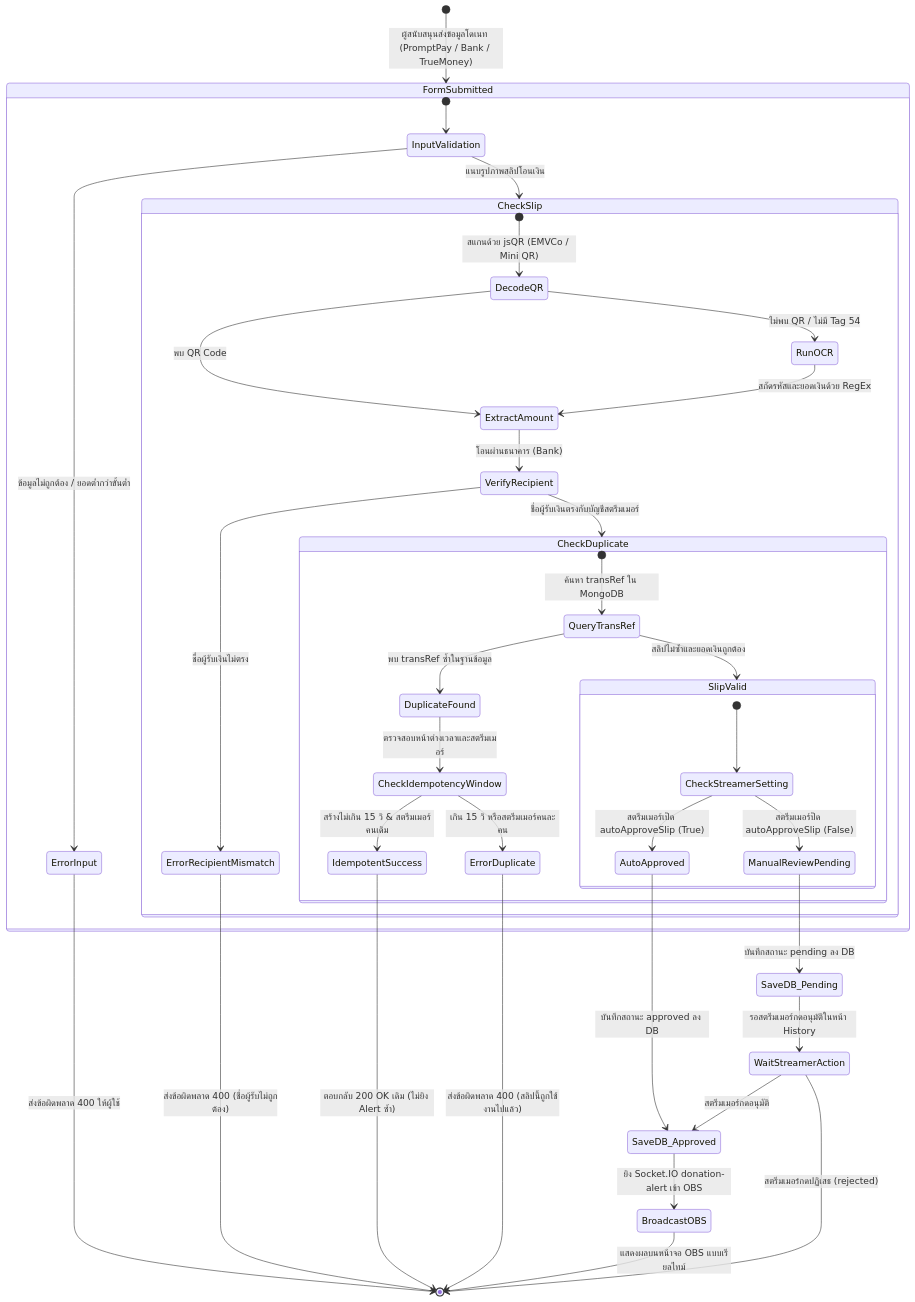
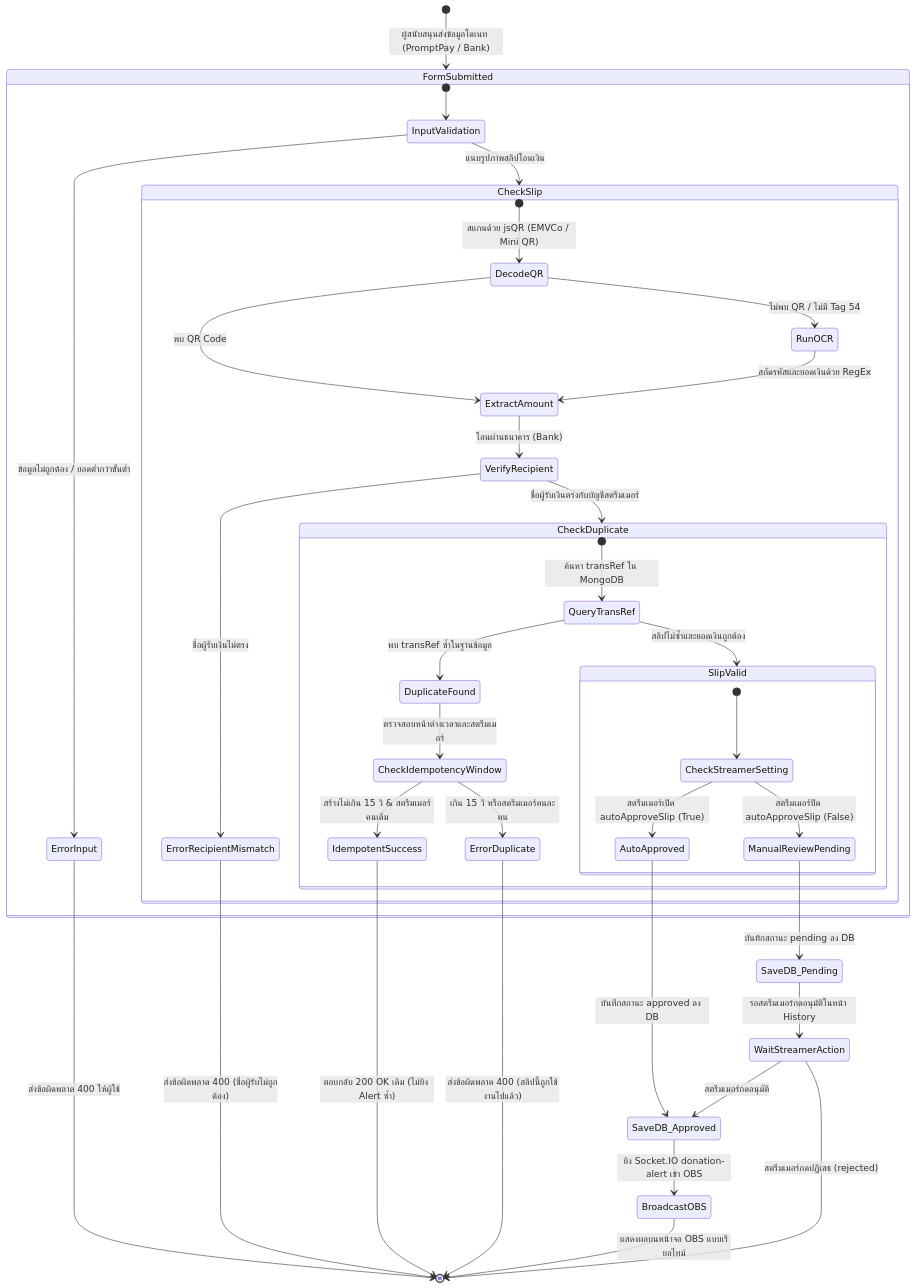
The second of 2 diagrams in AGENTS.md (NekomaNaJa/Final-Project), drawn with Mermaid before and after one commit. The commit also changed other lines of this file and 22 other files, not shown here.

Commit message:
refactor(payment): completely remove TrueMoney Wallet from frontend, backend, and documentation

````diff
--- a/AGENTS.md
+++ b/AGENTS.md
@@ -956,52 +952,52 @@
 ```mermaid
 stateDiagram-v2
-    [*] --> FormSubmitted: ผู้สนับสนุนส่งข้อมูลโดเนท (PromptPay / Bank / TrueMoney)
+    [*] --> FormSubmitted: ผู้สนับสนุนส่งข้อมูลโดเนท (PromptPay / Bank)
     
     state FormSubmitted {
         [*] --> InputValidation
         InputValidation --> CheckSlip: แนบรูปภาพสลิปโอนเงิน
         InputValidation --> ErrorInput: ข้อมูลไม่ถูกต้อง / ยอดต่ำกว่าขั้นต่ำ
     }
     
     ErrorInput --> [*]: ส่งข้อผิดพลาด 400 ให้ผู้ใช้
     
     state CheckSlip {
         [*] --> DecodeQR: สแกนด้วย jsQR (EMVCo / Mini QR)
         DecodeQR --> ExtractAmount: พบ QR Code
         DecodeQR --> RunOCR: ไม่พบ QR / ไม่มี Tag 54
         RunOCR --> ExtractAmount: สกัดรหัสและยอดเงินด้วย RegEx
         ExtractAmount --> VerifyRecipient: โอนผ่านธนาคาร (Bank)
         VerifyRecipient --> CheckDuplicate: ชื่อผู้รับเงินตรงกับบัญชีสตรีมเมอร์
         VerifyRecipient --> ErrorRecipientMismatch: ชื่อผู้รับเงินไม่ตรง
     }
     
     ErrorRecipientMismatch --> [*]: ส่งข้อผิดพลาด 400 (ชื่อผู้รับไม่ถูกต้อง)
     
     state CheckDuplicate {
         [*] --> QueryTransRef: ค้นหา transRef ใน MongoDB
         QueryTransRef --> DuplicateFound: พบ transRef ซ้ำในฐานข้อมูล
         QueryTransRef --> SlipValid: สลิปไม่ซ้ำและยอดเงินถูกต้อง
         
         DuplicateFound --> CheckIdempotencyWindow: ตรวจสอบหน้าต่างเวลาและสตรีมเมอร์
         CheckIdempotencyWindow --> IdempotentSuccess: สร้างไม่เกิน 15 วิ & สตรีมเมอร์คนเดิม
         CheckIdempotencyWindow --> ErrorDuplicate: เกิน 15 วิ หรือสตรีมเมอร์คนละคน
     }
     
     IdempotentSuccess --> [*]: ตอบกลับ 200 OK เดิม (ไม่ยิง Alert ซ้ำ)
     ErrorDuplicate --> [*]: ส่งข้อผิดพลาด 400 (สลิปนี้ถูกใช้งานไปแล้ว)
     
     state SlipValid {
         [*] --> CheckStreamerSetting
         CheckStreamerSetting --> AutoApproved: สตรีมเมอร์เปิด autoApproveSlip (True)
         CheckStreamerSetting --> ManualReviewPending: สตรีมเมอร์ปิด autoApproveSlip (False)
     }
     
     AutoApproved --> SaveDB_Approved: บันทึกสถานะ approved ลง DB
     ManualReviewPending --> SaveDB_Pending: บันทึกสถานะ pending ลง DB
     
     SaveDB_Approved --> BroadcastOBS: ยิง Socket.IO donation-alert เข้า OBS
     BroadcastOBS --> [*]: แสดงผลบนหน้าจอ OBS แบบเรียลไทม์
     SaveDB_Pending --> WaitStreamerAction: รอสตรีมเมอร์กดอนุมัติในหน้า History
     WaitStreamerAction --> SaveDB_Approved: สตรีมเมอร์กดอนุมัติ
     WaitStreamerAction --> [*]: สตรีมเมอร์กดปฏิเสธ (rejected)
 ```
````
